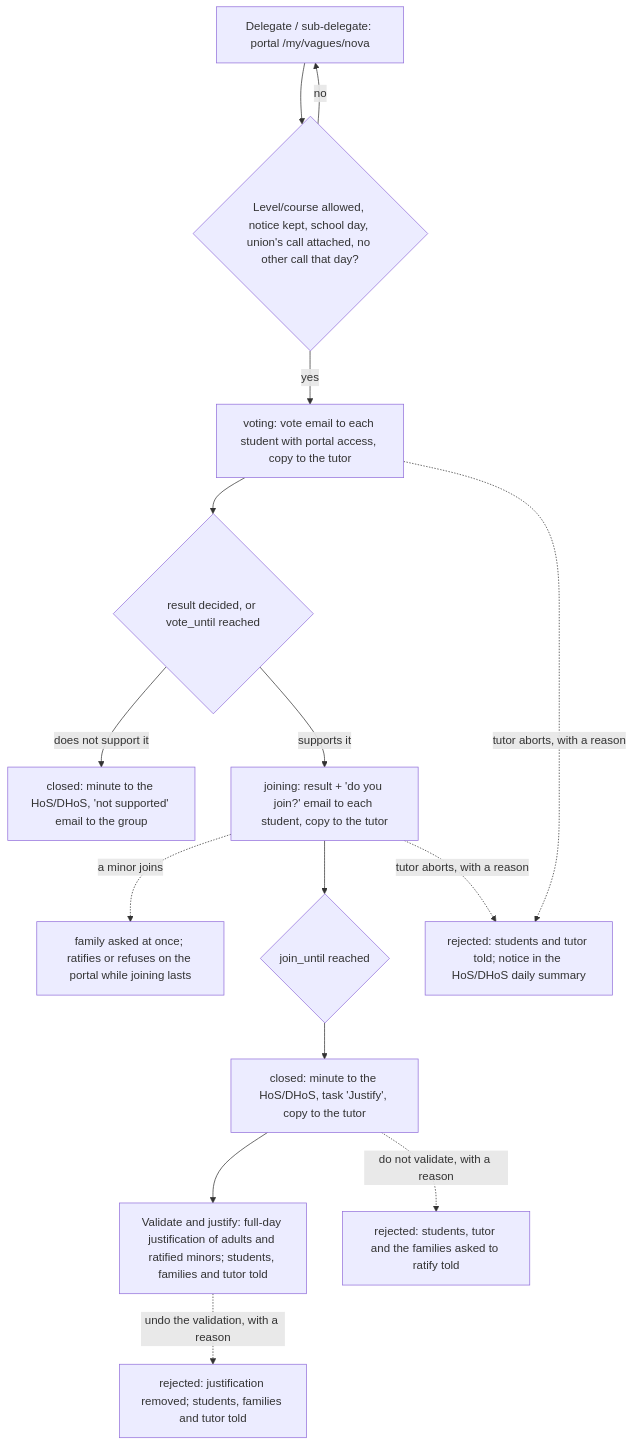
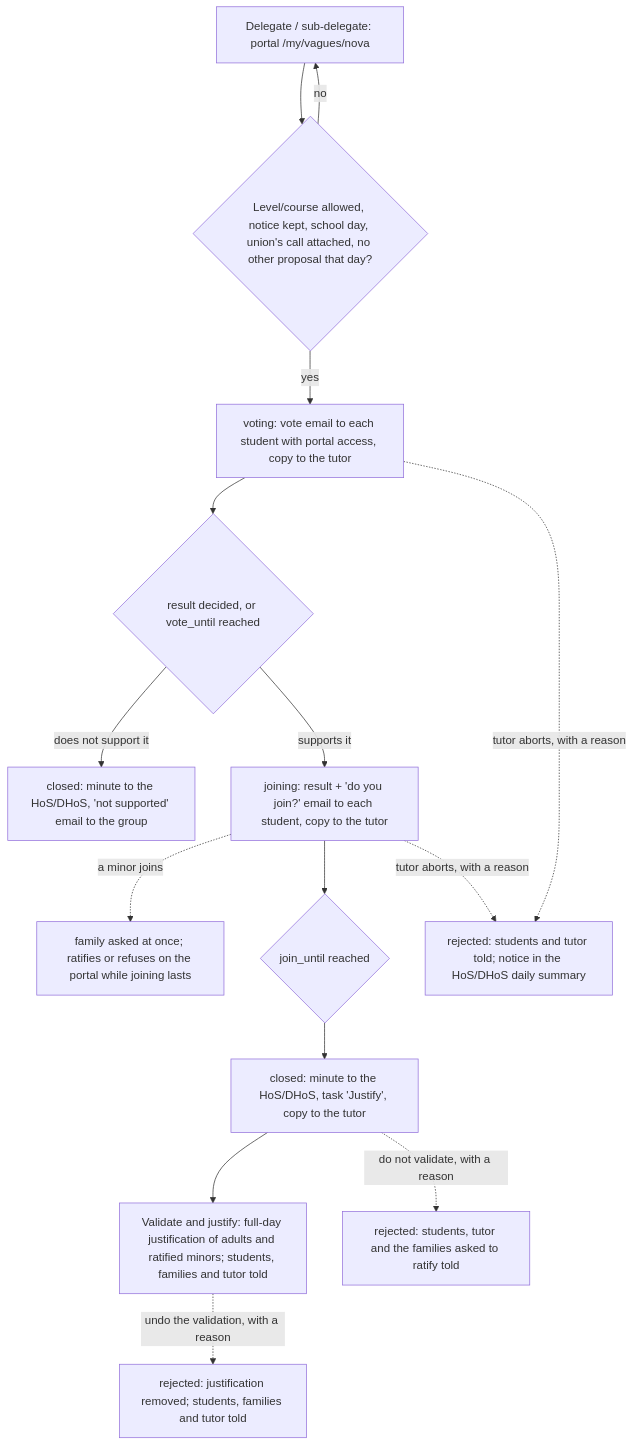
The second of 2 diagrams in docs/en/developers/attendance/student_walkout.md (ElPuig/EMS), drawn with Mermaid before and after one commit. The commit also changed other lines of this file and 37 other files, not shown here.

Commit message:
[#800] The delegate proposes supporting a walkout (a union calls it): portal, emails, abort wizard, settings, manuals and translations say "proposal"; manual screenshots retaken

````diff
--- a/docs/en/developers/attendance/student_walkout.md
+++ b/docs/en/developers/attendance/student_walkout.md
@@ -181,17 +183,17 @@
 ```mermaid
 flowchart TD
-    A[Delegate / sub-delegate: portal /my/vagues/nova] --> B{"Level/course allowed, notice kept, school day, union's call attached, no other call that day?"}
+    A[Delegate / sub-delegate: portal /my/vagues/nova] --> B{"Level/course allowed, notice kept, school day, union's call attached, no other proposal that day?"}
     B -- no --> A
     B -- yes --> V["voting: vote email to each student with portal access, copy to the tutor"]
     V --> E{"result decided, or vote_until reached"}
     E -- "does not support it" --> N["closed: minute to the HoS/DHoS, 'not supported' email to the group"]
     E -- supports it --> J["joining: result + 'do you join?' email to each student, copy to the tutor"]
     J -. "a minor joins" .-> R["family asked at once; ratifies or refuses on the portal while joining lasts"]
     J --> K{"join_until reached"}
     K --> F["closed: minute to the HoS/DHoS, task 'Justify', copy to the tutor"]
     F --> I["Validate and justify: full-day justification of adults and ratified minors; students, families and tutor told"]
     F -. "do not validate, with a reason" .-> Y["rejected: students, tutor and the families asked to ratify told"]
     I -. "undo the validation, with a reason" .-> Z["rejected: justification removed; students, families and tutor told"]
     V -. "tutor aborts, with a reason" .-> X["rejected: students and tutor told; notice in the HoS/DHoS daily summary"]
     J -. "tutor aborts, with a reason" .-> X
 ```
````
